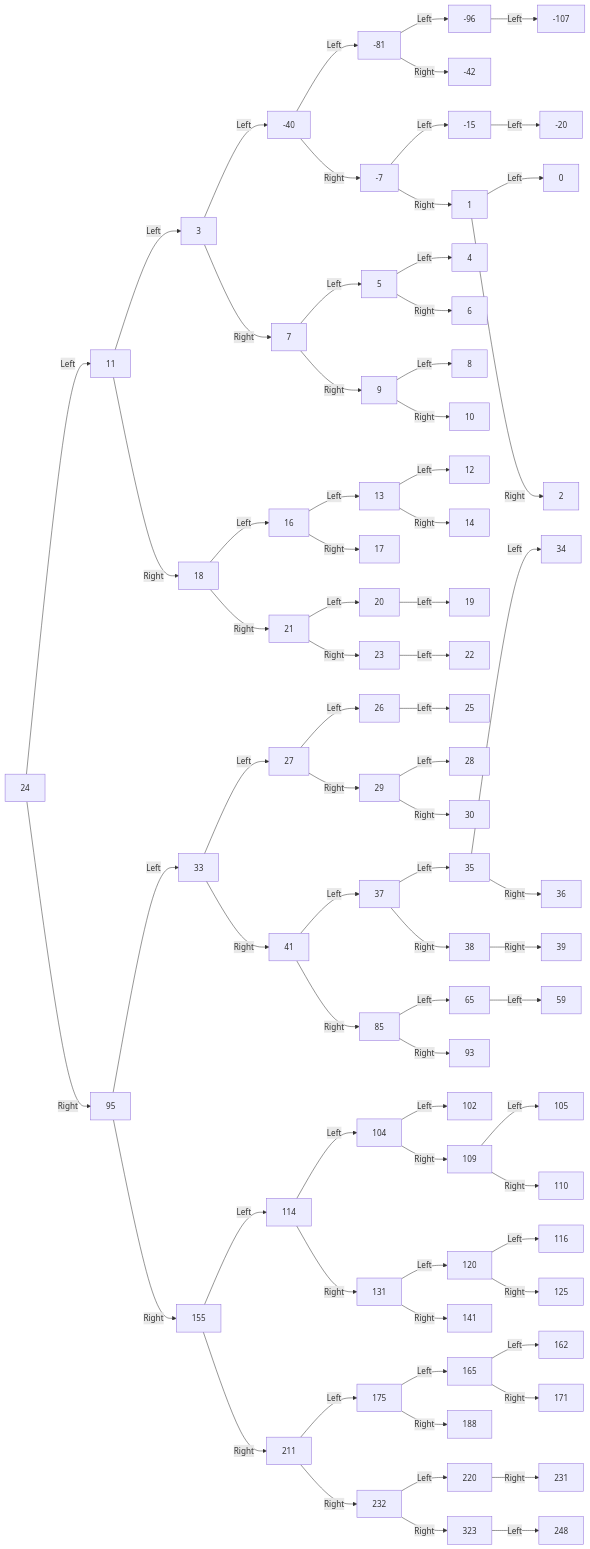
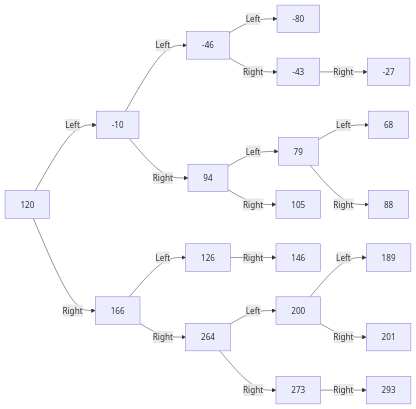
The diagram in algorithm/my_data_structure/AVL.mmd (dianhsu/blog-raw), drawn with Mermaid before and after one commit. The commit also changed other lines of this file and 2 other files, not shown here.

```diff
--- a/algorithm/my_data_structure/AVL.mmd
+++ b/algorithm/my_data_structure/AVL.mmd
@@ -1,74 +1,20 @@
 graph LR
-  Node1[ 24 ] -- Left --> Node10[ 11 ]
-  Node10[ 11 ] -- Left --> Node100[ 3 ]
-  Node100[ 3 ] -- Left --> Node1000[ -40 ]
-  Node1000[ -40 ] -- Left --> Node10000[ -81 ]
-  Node10000[ -81 ] -- Left --> Node100000[ -96 ]
-  Node100000[ -96 ] -- Left --> Node1000000[ -107 ]
-  Node10000[ -81 ] -- Right --> Node100001[ -42 ]
-  Node1000[ -40 ] -- Right --> Node10001[ -7 ]
-  Node10001[ -7 ] -- Left --> Node100010[ -15 ]
-  Node100010[ -15 ] -- Left --> Node1000100[ -20 ]
-  Node10001[ -7 ] -- Right --> Node100011[ 1 ]
-  Node100011[ 1 ] -- Left --> Node1000110[ 0 ]
-  Node100011[ 1 ] -- Right --> Node1000111[ 2 ]
-  Node100[ 3 ] -- Right --> Node1001[ 7 ]
-  Node1001[ 7 ] -- Left --> Node10010[ 5 ]
-  Node10010[ 5 ] -- Left --> Node100100[ 4 ]
-  Node10010[ 5 ] -- Right --> Node100101[ 6 ]
-  Node1001[ 7 ] -- Right --> Node10011[ 9 ]
-  Node10011[ 9 ] -- Left --> Node100110[ 8 ]
-  Node10011[ 9 ] -- Right --> Node100111[ 10 ]
-  Node10[ 11 ] -- Right --> Node101[ 18 ]
-  Node101[ 18 ] -- Left --> Node1010[ 16 ]
-  Node1010[ 16 ] -- Left --> Node10100[ 13 ]
-  Node10100[ 13 ] -- Left --> Node101000[ 12 ]
-  Node10100[ 13 ] -- Right --> Node101001[ 14 ]
-  Node1010[ 16 ] -- Right --> Node10101[ 17 ]
-  Node101[ 18 ] -- Right --> Node1011[ 21 ]
-  Node1011[ 21 ] -- Left --> Node10110[ 20 ]
-  Node10110[ 20 ] -- Left --> Node101100[ 19 ]
-  Node1011[ 21 ] -- Right --> Node10111[ 23 ]
-  Node10111[ 23 ] -- Left --> Node101110[ 22 ]
-  Node1[ 24 ] -- Right --> Node11[ 95 ]
-  Node11[ 95 ] -- Left --> Node110[ 33 ]
-  Node110[ 33 ] -- Left --> Node1100[ 27 ]
-  Node1100[ 27 ] -- Left --> Node11000[ 26 ]
-  Node11000[ 26 ] -- Left --> Node110000[ 25 ]
-  Node1100[ 27 ] -- Right --> Node11001[ 29 ]
-  Node11001[ 29 ] -- Left --> Node110010[ 28 ]
-  Node11001[ 29 ] -- Right --> Node110011[ 30 ]
-  Node110[ 33 ] -- Right --> Node1101[ 41 ]
-  Node1101[ 41 ] -- Left --> Node11010[ 37 ]
-  Node11010[ 37 ] -- Left --> Node110100[ 35 ]
-  Node110100[ 35 ] -- Left --> Node1101000[ 34 ]
-  Node110100[ 35 ] -- Right --> Node1101001[ 36 ]
-  Node11010[ 37 ] -- Right --> Node110101[ 38 ]
-  Node110101[ 38 ] -- Right --> Node1101011[ 39 ]
-  Node1101[ 41 ] -- Right --> Node11011[ 85 ]
-  Node11011[ 85 ] -- Left --> Node110110[ 65 ]
-  Node110110[ 65 ] -- Left --> Node1101100[ 59 ]
-  Node11011[ 85 ] -- Right --> Node110111[ 93 ]
-  Node11[ 95 ] -- Right --> Node111[ 155 ]
-  Node111[ 155 ] -- Left --> Node1110[ 114 ]
-  Node1110[ 114 ] -- Left --> Node11100[ 104 ]
-  Node11100[ 104 ] -- Left --> Node111000[ 102 ]
-  Node11100[ 104 ] -- Right --> Node111001[ 109 ]
-  Node111001[ 109 ] -- Left --> Node1110010[ 105 ]
-  Node111001[ 109 ] -- Right --> Node1110011[ 110 ]
-  Node1110[ 114 ] -- Right --> Node11101[ 131 ]
-  Node11101[ 131 ] -- Left --> Node111010[ 120 ]
-  Node111010[ 120 ] -- Left --> Node1110100[ 116 ]
-  Node111010[ 120 ] -- Right --> Node1110101[ 125 ]
-  Node11101[ 131 ] -- Right --> Node111011[ 141 ]
-  Node111[ 155 ] -- Right --> Node1111[ 211 ]
-  Node1111[ 211 ] -- Left --> Node11110[ 175 ]
-  Node11110[ 175 ] -- Left --> Node111100[ 165 ]
-  Node111100[ 165 ] -- Left --> Node1111000[ 162 ]
-  Node111100[ 165 ] -- Right --> Node1111001[ 171 ]
-  Node11110[ 175 ] -- Right --> Node111101[ 188 ]
-  Node1111[ 211 ] -- Right --> Node11111[ 232 ]
-  Node11111[ 232 ] -- Left --> Node111110[ 220 ]
-  Node111110[ 220 ] -- Right --> Node1111101[ 231 ]
-  Node11111[ 232 ] -- Right --> Node111111[ 323 ]
-  Node111111[ 323 ] -- Left --> Node1111110[ 248 ]
+  Node1[ 120 ] -- Left --> Node10[ -10 ]
+  Node10[ -10 ] -- Left --> Node100[ -46 ]
+  Node100[ -46 ] -- Left --> Node1000[ -80 ]
+  Node100[ -46 ] -- Right --> Node1001[ -43 ]
+  Node1001[ -43 ] -- Right --> Node10011[ -27 ]
+  Node10[ -10 ] -- Right --> Node101[ 94 ]
+  Node101[ 94 ] -- Left --> Node1010[ 79 ]
+  Node1010[ 79 ] -- Left --> Node10100[ 68 ]
+  Node1010[ 79 ] -- Right --> Node10101[ 88 ]
+  Node101[ 94 ] -- Right --> Node1011[ 105 ]
+  Node1[ 120 ] -- Right --> Node11[ 166 ]
+  Node11[ 166 ] -- Left --> Node110[ 126 ]
+  Node110[ 126 ] -- Right --> Node1101[ 146 ]
+  Node11[ 166 ] -- Right --> Node111[ 264 ]
+  Node111[ 264 ] -- Left --> Node1110[ 200 ]
+  Node1110[ 200 ] -- Left --> Node11100[ 189 ]
+  Node1110[ 200 ] -- Right --> Node11101[ 201 ]
+  Node111[ 264 ] -- Right --> Node1111[ 273 ]
+  Node1111[ 273 ] -- Right --> Node11111[ 293 ]
```
